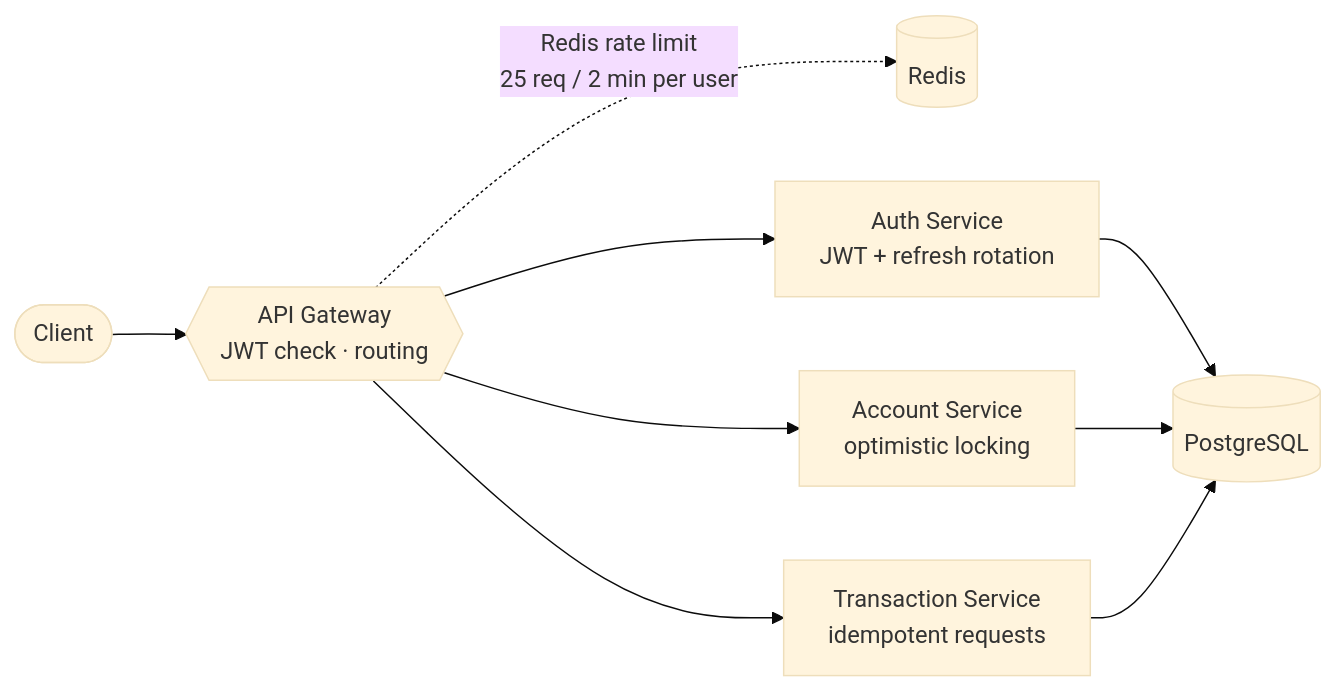
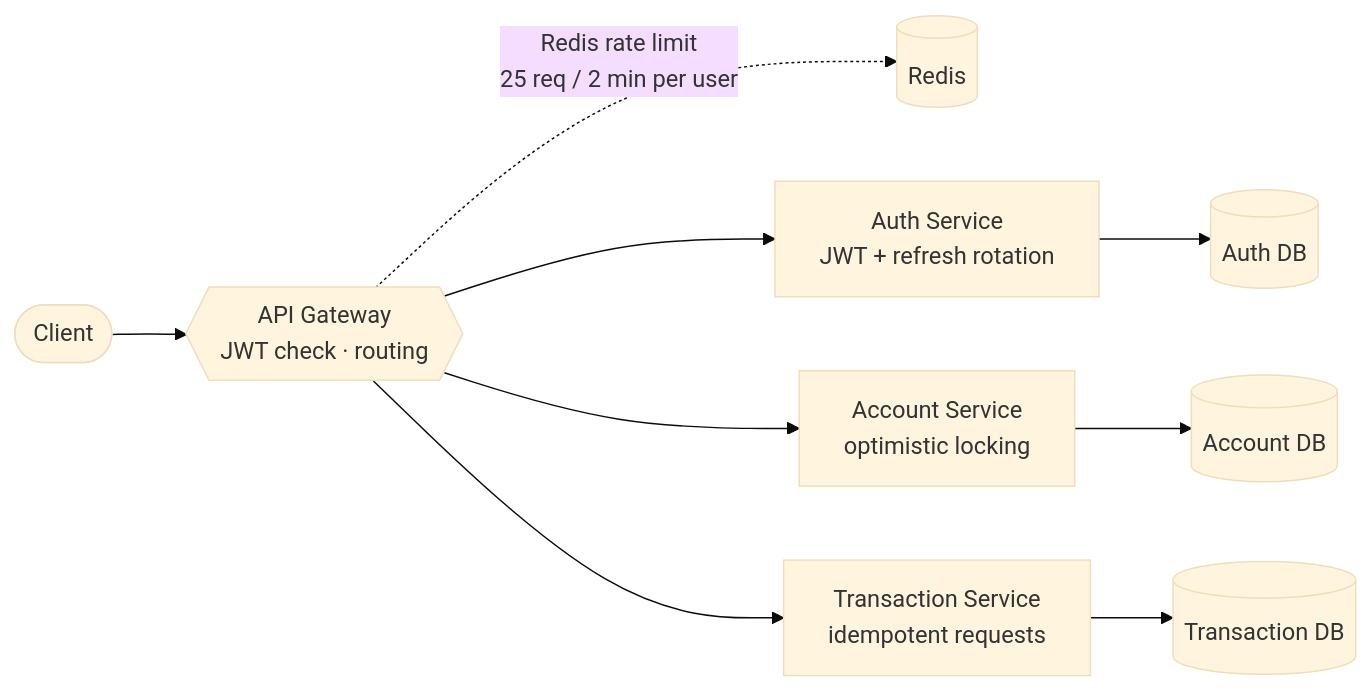
Before and after one commit to siddaroodh05/Siddaroodh05: the diagram in README.md, drawn with Mermaid (base theme). The commit also changed other lines of this file, not shown here.

````diff
--- a/README.md
+++ b/README.md
@@ -86,11 +86,11 @@
 ```mermaid
 flowchart LR
     C([Client]) --> G{{API Gateway<br/>JWT check · routing}}
     G -. "Redis rate limit<br/>25 req / 2 min per user" .-> R[(Redis)]
     G --> A[Auth Service<br/>JWT + refresh rotation]
     G --> B[Account Service<br/>optimistic locking]
     G --> T[Transaction Service<br/>idempotent requests]
-    A --> D[(PostgreSQL)]
-    B --> D
-    T --> D
+    A --> DA[(Auth DB)]
+    B --> DB[(Account DB)]
+    T --> DT[(Transaction DB)]
 ```
````
